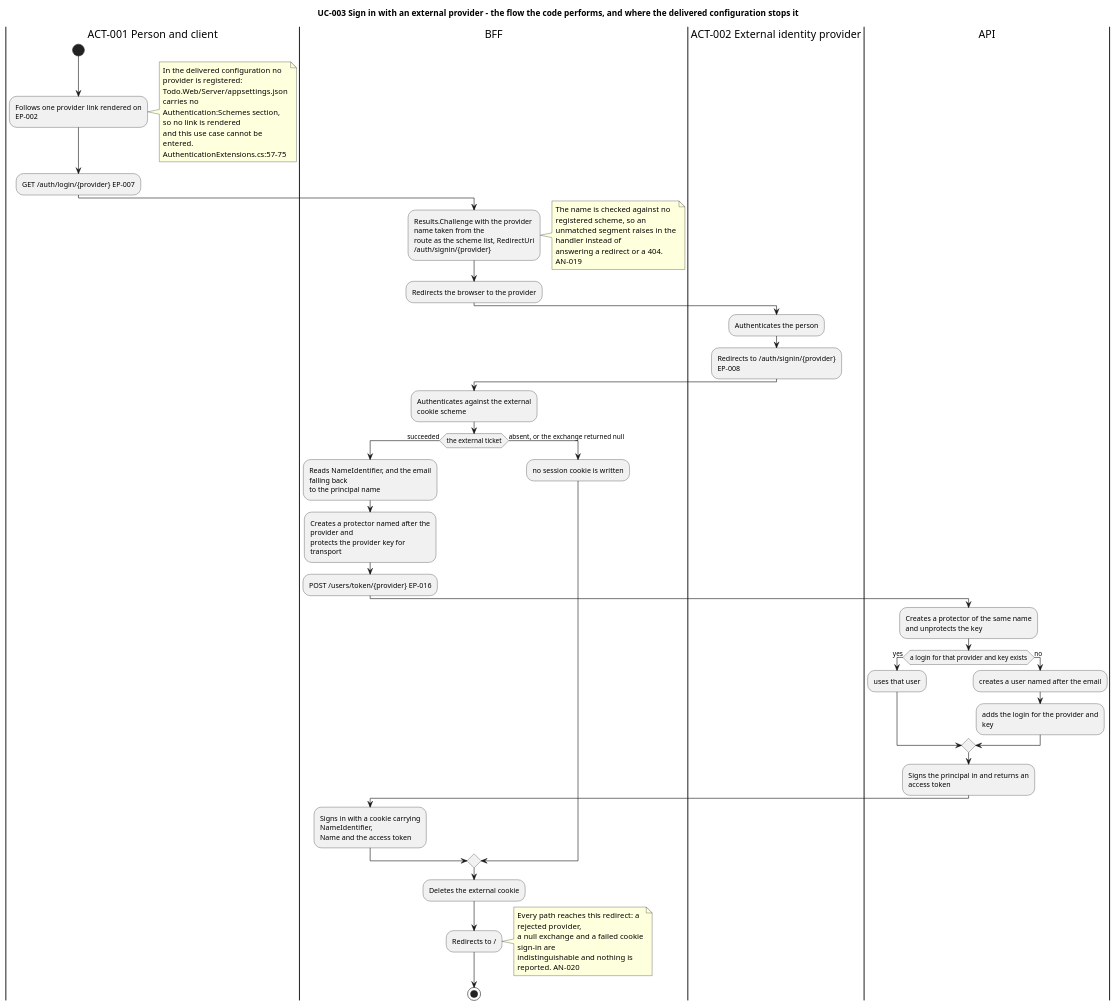
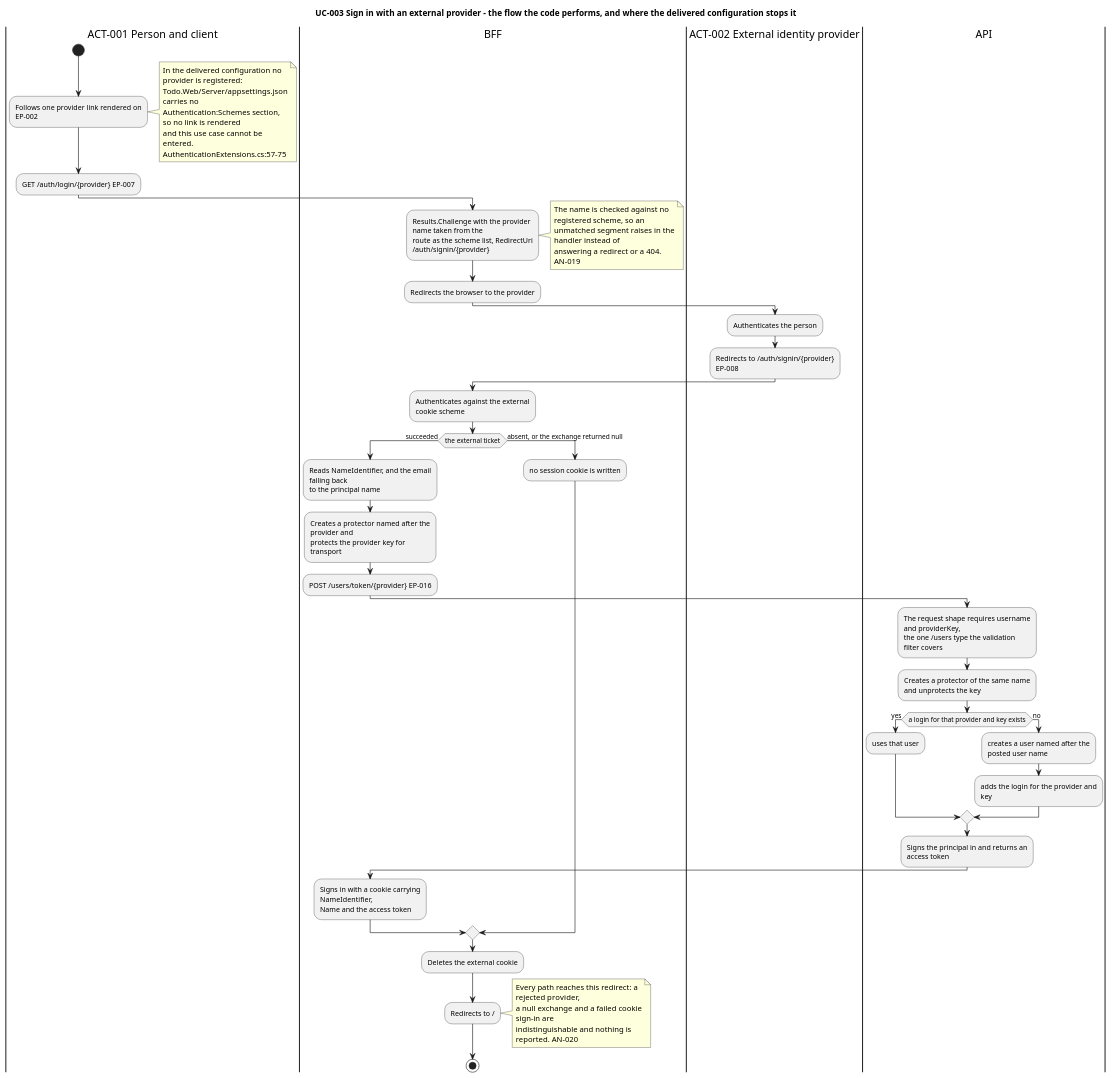
One commit to banense-test/TodoApp changed the fifth of 8 diagrams in docs/artifacts/requirements/use-case-model.md. Above: the diagram before and after it, drawn with PlantUML. The commit also changed other lines of this file, not shown here.

````diff
--- a/docs/artifacts/requirements/use-case-model.md
+++ b/docs/artifacts/requirements/use-case-model.md
@@ -337,66 +437,68 @@
 ```plantuml
 @startuml
 title UC-003 Sign in with an external provider - the flow the code performs, and where the delivered configuration stops it
 
 skinparam shadowing false
 skinparam wrapWidth 215
 
 |ACT-001 Person and client|
 start
 :Follows one provider link rendered on EP-002;
 note right
   In the delivered configuration no provider is registered:
   Todo.Web/Server/appsettings.json carries no
   Authentication:Schemes section, so no link is rendered
   and this use case cannot be entered.
   AuthenticationExtensions.cs:57-75
 end note
 :GET /auth/login/{provider} EP-007;
 
 |BFF|
 :Results.Challenge with the provider name taken from the
 route as the scheme list, RedirectUri /auth/signin/{provider};
 note right
   The name is checked against no registered scheme, so an
   unmatched segment raises in the handler instead of
   answering a redirect or a 404. AN-019
 end note
 :Redirects the browser to the provider;
 
 |ACT-002 External identity provider|
 :Authenticates the person;
 :Redirects to /auth/signin/{provider} EP-008;
 
 |BFF|
 :Authenticates against the external cookie scheme;
 if (the external ticket) then (succeeded)
   :Reads NameIdentifier, and the email falling back
   to the principal name;
   :Creates a protector named after the provider and
   protects the provider key for transport;
   :POST /users/token/{provider} EP-016;
   |API|
+  :The request shape requires username and providerKey,
+  the one /users type the validation filter covers;
   :Creates a protector of the same name and unprotects the key;
   if (a login for that provider and key exists) then (yes)
     :uses that user;
   else (no)
-    :creates a user named after the email;
+    :creates a user named after the posted user name;
     :adds the login for the provider and key;
   endif
   :Signs the principal in and returns an access token;
   |BFF|
   :Signs in with a cookie carrying NameIdentifier,
   Name and the access token;
 else (absent, or the exchange returned null)
   :no session cookie is written;
 endif
 :Deletes the external cookie;
 :Redirects to /;
 note right
   Every path reaches this redirect: a rejected provider,
   a null exchange and a failed cookie sign-in are
   indistinguishable and nothing is reported. AN-020
 end note
 stop
 @enduml
 ```
````
